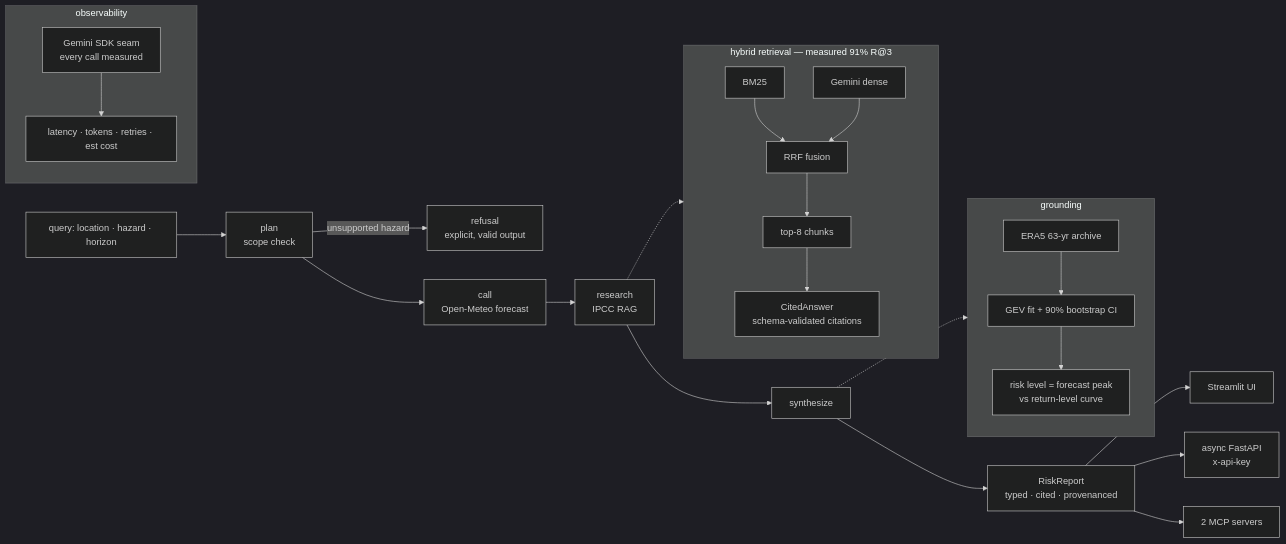
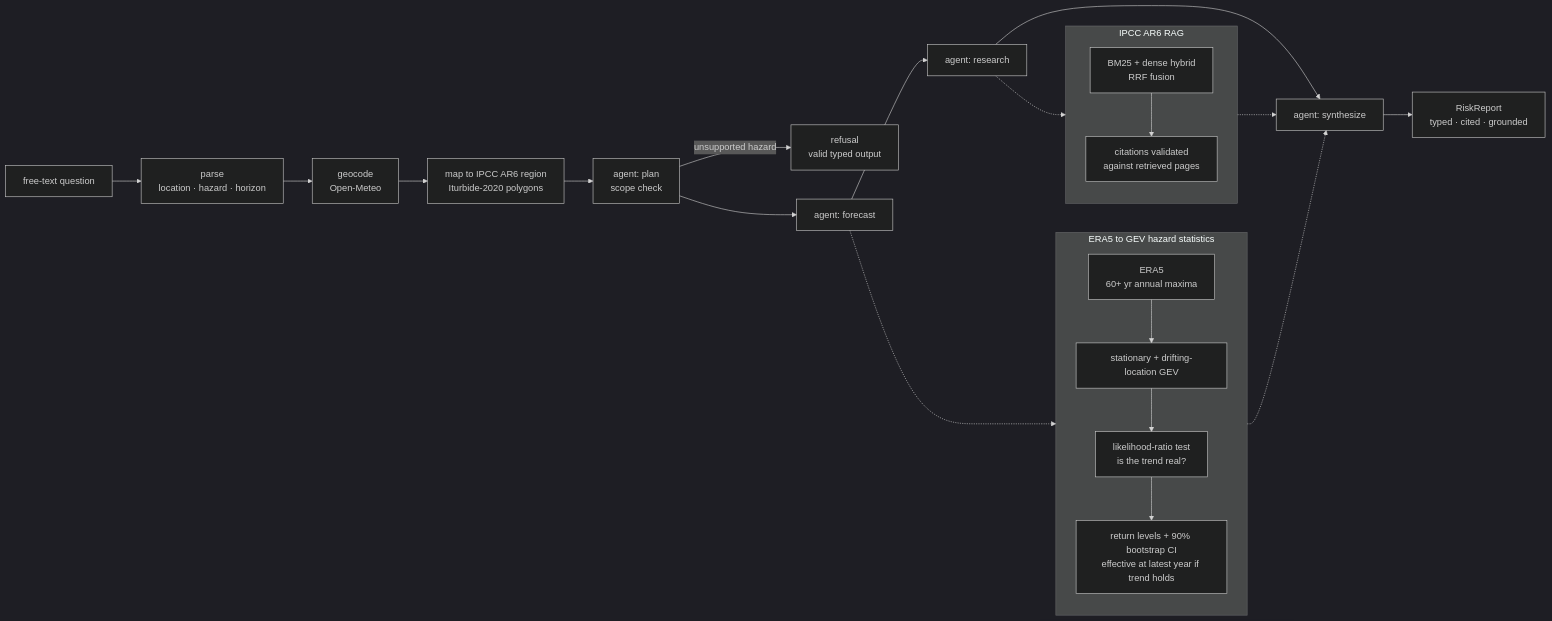
The diagram in README.md (AswaniSahoo/climate-risk-agent), drawn with Mermaid (dark theme) before and after one commit. The commit also changed other lines of this file and 1 other file, not shown here.

````diff
--- a/README.md
+++ b/README.md
@@ -48,30 +27,26 @@
 ```mermaid
 flowchart LR
-    Q[query: location · hazard · horizon] --> PLAN[plan<br/>scope check]
-    PLAN -->|unsupported hazard| REF[refusal<br/>explicit, valid output]
-    PLAN --> CALL[call<br/>Open-Meteo forecast]
-    CALL --> RES[research<br/>IPCC RAG]
-    RES --> SYN[synthesize]
-    SYN --> R[RiskReport<br/>typed · cited · provenanced]
+    Q[free-text question] --> PARSE[parse<br/>location · hazard · horizon]
+    PARSE --> GEO[geocode<br/>Open-Meteo]
+    GEO --> REGION[map to IPCC AR6 region<br/>Iturbide-2020 polygons]
+    REGION --> PLAN[agent: plan<br/>scope check]
+    PLAN -->|unsupported hazard| REFUSE[refusal<br/>valid typed output]
+    PLAN --> FORECAST[agent: forecast]
+    FORECAST --> RESEARCH[agent: research]
+    RESEARCH --> SYNTH[agent: synthesize]
+    SYNTH --> REPORT[RiskReport<br/>typed · cited · grounded]
 
-    subgraph RAG [hybrid retrieval — measured 91% R@3]
-        BM25[BM25] --> RRF[RRF fusion]
-        DENSE[Gemini dense] --> RRF
-        RRF --> TOP[top-8 chunks] --> ANS[CitedAnswer<br/>schema-validated citations]
+    subgraph HAZARD [ERA5 to GEV hazard statistics]
+        ERA5[ERA5<br/>60+ yr annual maxima] --> GEV[stationary + drifting-location GEV]
+        GEV --> LRT[likelihood-ratio test<br/>is the trend real?]
+        LRT --> LEVELS[return levels + 90% bootstrap CI<br/>effective at latest year if trend holds]
     end
-    RES -.-> RAG
+    FORECAST -.-> HAZARD
+    HAZARD -.-> SYNTH
 
-    subgraph GROUND [grounding]
-        ERA5[ERA5 63-yr archive] --> GEV[GEV fit + 90% bootstrap CI]
-        GEV --> VERDICT[risk level = forecast peak<br/>vs return-level curve]
+    subgraph RAG [IPCC AR6 RAG]
+        HYBRID[BM25 + dense hybrid<br/>RRF fusion] --> VALID[citations validated<br/>against retrieved pages]
     end
-    SYN -.-> GROUND
-
-    subgraph OBS [observability]
-        SEAM[Gemini SDK seam<br/>every call measured] --> TEL[latency · tokens · retries · est cost]
-    end
-
-    R --> UI[Streamlit UI]
-    R --> API[async FastAPI<br/>x-api-key]
-    R --> MCP[2 MCP servers]
+    RESEARCH -.-> RAG
+    RAG -.-> SYNTH
 ```
````
